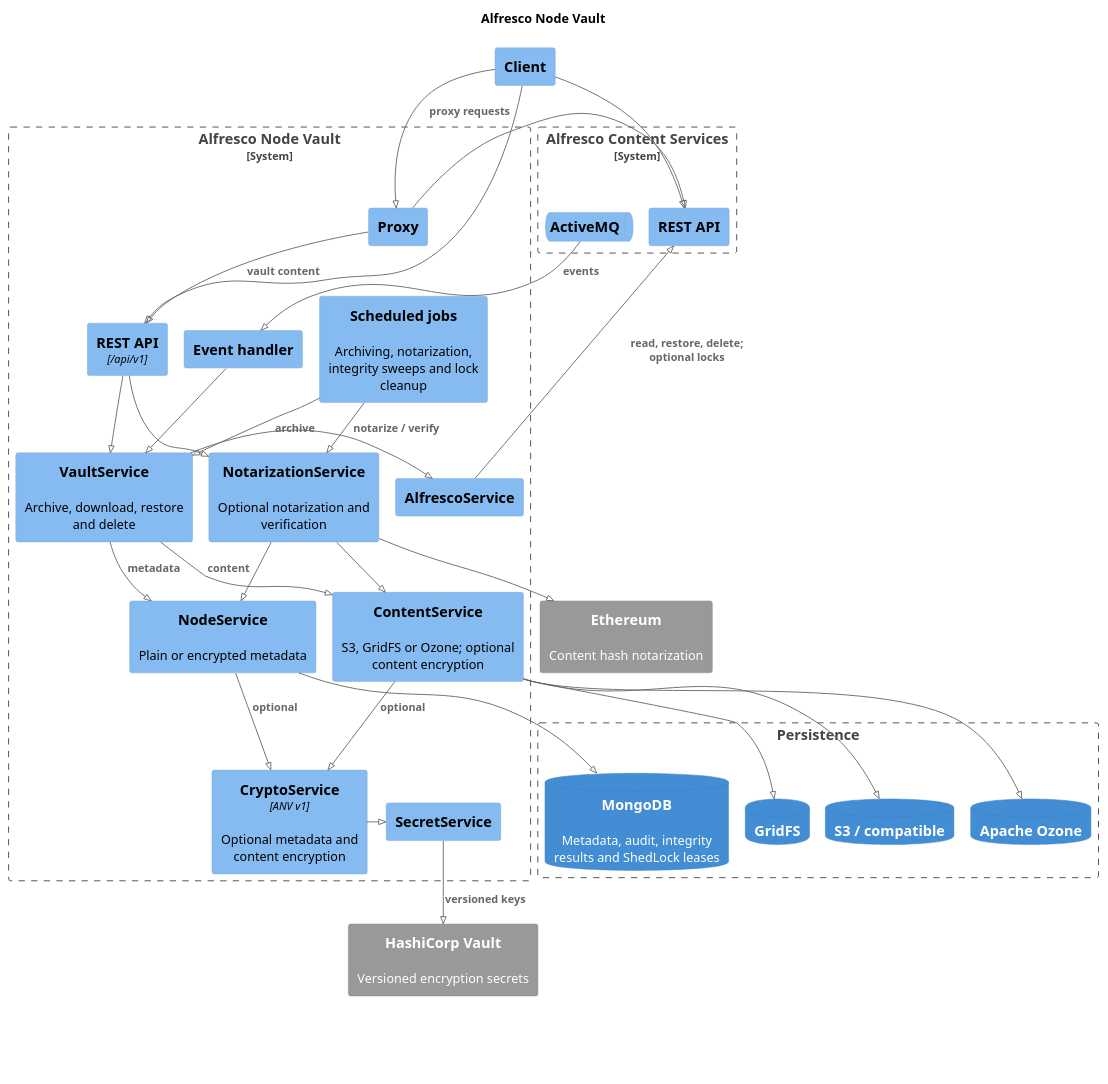
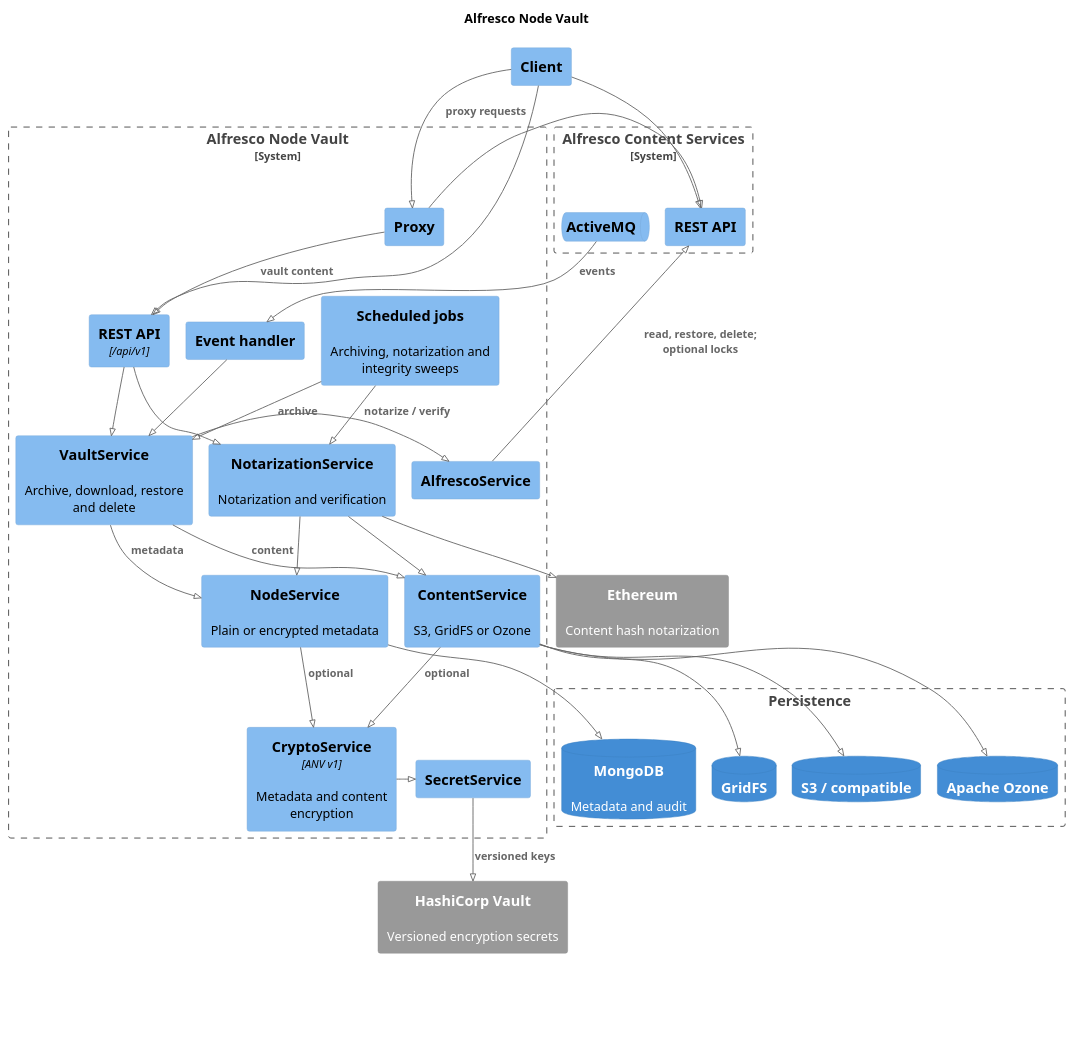
Before and after one commit to saidone75/alfresco-node-vault: the diagram in architecture.puml, drawn with PlantUML.

Commit message:
Simplify component descriptions in the architecture diagram

```diff
--- a/architecture.puml
+++ b/architecture.puml
@@ -1,72 +1,72 @@
 @startuml
 !pragma layout smetana
 !include <C4/C4_Container>
 !include <C4/C4_Component>
 
 hide stereotype
 
 title Alfresco Node Vault
 
 System_Boundary(anv, "Alfresco Node Vault") {
   Component(anvProxy, "Proxy")
   Component(anvApi, "REST API", "/api/v1")
   Component(anvHandler, "Event handler")
-  Component(anvJob, "Scheduled jobs", "", "Archiving, notarization, integrity sweeps and lock cleanup")
+  Component(anvJob, "Scheduled jobs", "", "Archiving, notarization and integrity sweeps")
   Component(anvVault, "VaultService", "", "Archive, download, restore and delete")
   Component(anvAlfresco, "AlfrescoService")
   Component(anvNode, "NodeService", "", "Plain or encrypted metadata")
-  Component(anvContent, "ContentService", "", "S3, GridFS or Ozone; optional content encryption")
-  Component(anvCrypto, "CryptoService", "ANV v1", "Optional metadata and content encryption")
+  Component(anvContent, "ContentService", "", "S3, GridFS or Ozone")
+  Component(anvCrypto, "CryptoService", "ANV v1", "Metadata and content encryption")
   Component(anvSecret, "SecretService")
-  Component(anvNotarization, "NotarizationService", "", "Optional notarization and verification")
+  Component(anvNotarization, "NotarizationService", "", "Notarization and verification")
 }
 
 System_Boundary(acs, "Alfresco Content Services") {
   ComponentQueue(acsQueue, "ActiveMQ")
   Component(acsApi, "REST API")
 }
 
 Boundary(storage, "Persistence") {
-  ContainerDb(anvMongo, "MongoDB", "", "Metadata, audit, integrity results and ShedLock leases")
+  ContainerDb(anvMongo, "MongoDB", "", "Metadata and audit")
   ContainerDb(anvGrid, "GridFS")
   ContainerDb(anvS3, "S3 / compatible")
   ContainerDb(anvOzone, "Apache Ozone")
 }
 System_Ext(secrets, "HashiCorp Vault", "Versioned encryption secrets")
 System_Ext(blockchain, "Ethereum", "Content hash notarization")
 Component(client, "Client")
 
 Rel_D(client, anvProxy, "")
 Rel_D(client, anvApi, "")
 Rel_R(client, acsApi, "")
 Rel_D(acsQueue, anvHandler, "events")
 Rel_D(anvProxy, anvApi, "vault content")
 Rel_R(anvProxy, acsApi, "proxy requests")
 Rel_D(anvApi, anvVault, "")
 Rel_D(anvHandler, anvVault, "")
 Rel_D(anvJob, anvVault, "archive")
 Rel_R(anvVault, anvAlfresco, "")
 Rel_R(anvAlfresco, acsApi, "read, restore, delete; optional locks")
 Rel_D(anvVault, anvNode, "metadata")
 Rel_D(anvVault, anvContent, "content")
 Rel_D(anvApi, anvNotarization, "")
 Rel_D(anvJob, anvNotarization, "notarize / verify")
 Rel_D(anvNotarization, blockchain, "")
 Rel_D(anvNotarization, anvNode, "")
 Rel_D(anvNotarization, anvContent, "")
 Rel_D(anvNode, anvMongo, "")
 Rel_D(anvContent, anvGrid, "")
 Rel_D(anvContent, anvS3, "")
 Rel_D(anvContent, anvOzone, "")
 Rel_D(anvNode, anvCrypto, "optional")
 Rel_D(anvContent, anvCrypto, "optional")
 Rel_R(anvCrypto, anvSecret, "")
 Rel_D(anvSecret, secrets, "versioned keys")
 
 legend bottom left
   Content storage: select one of S3, GridFS or Ozone.
   Node operations and background jobs coordinate through MongoDB-backed ShedLock leases.
   Key rotation and integrity sweeps are available through REST APIs and maintenance services.
   Operation and integrity metrics are exported to Prometheus / Grafana.
 endlegend
 @enduml
```
